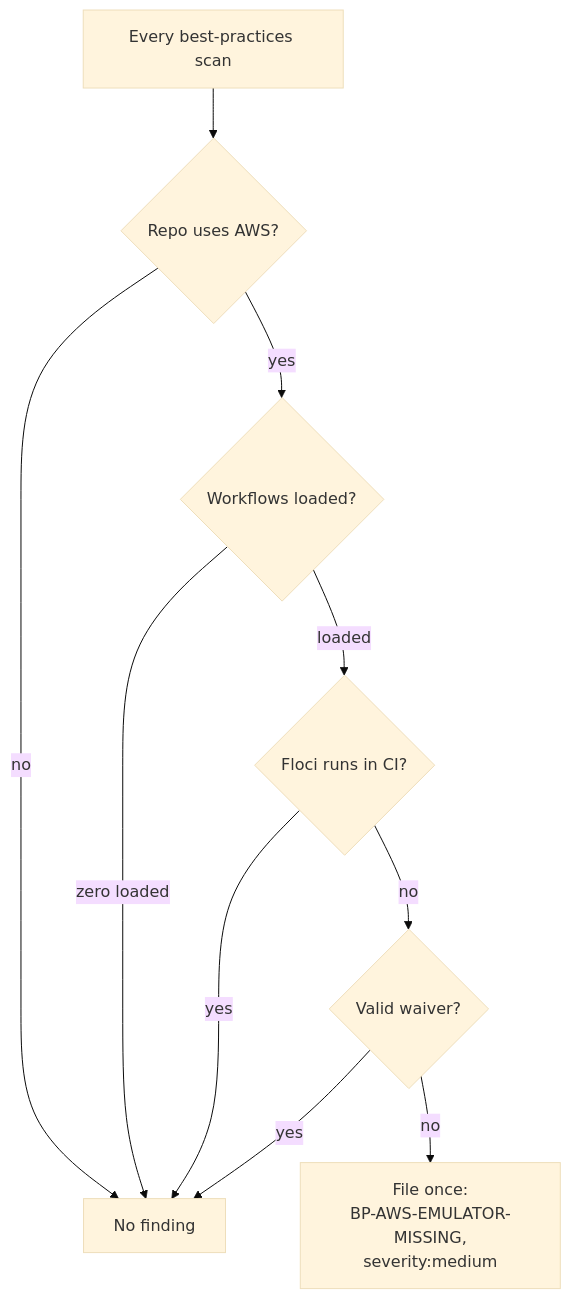
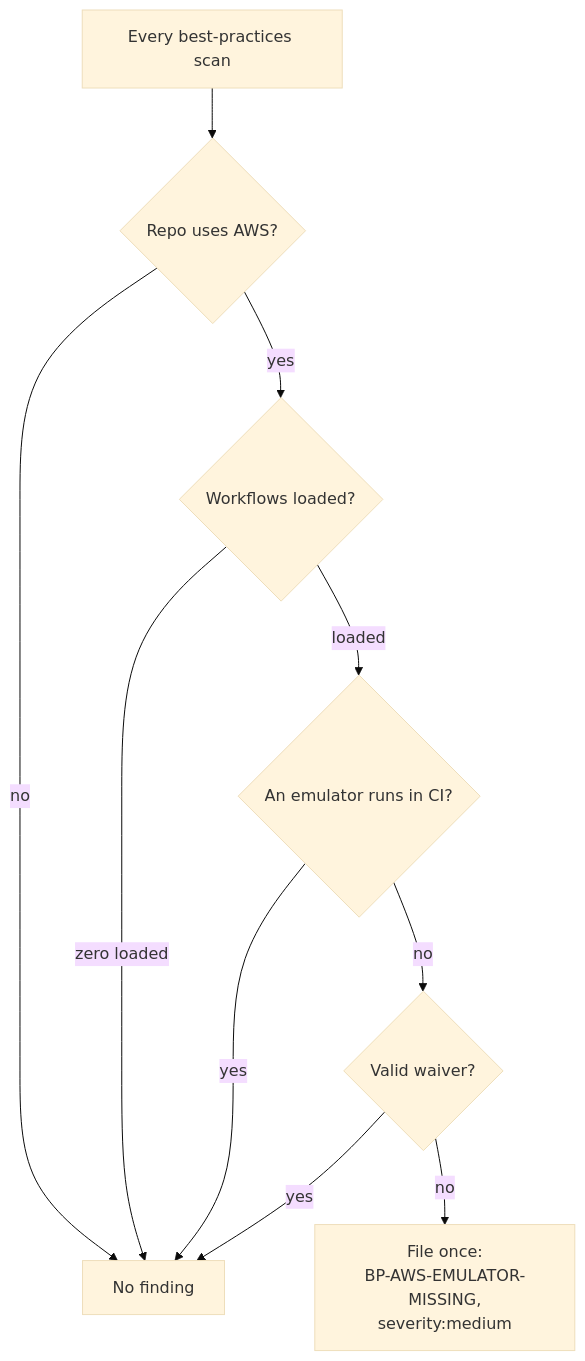
Before and after one commit to stSoftwareAU/VibeCoder: the first of 4 diagrams in docs/BEST-PRACTICES-SCAN.md, drawn with Mermaid (base theme). The commit also changed other lines of this file and 1 other file, not shown here.

````diff
--- a/docs/BEST-PRACTICES-SCAN.md
+++ b/docs/BEST-PRACTICES-SCAN.md
@@ -405,12 +406,12 @@
 ```mermaid
 flowchart TD
     A[Every best-practices scan] --> B{Repo uses AWS?}
     B -- no --> Z[No finding]
     B -- yes --> C{Workflows loaded?}
     C -- zero loaded --> Z
-    C -- loaded --> D{Floci runs in CI?}
+    C -- loaded --> D{An emulator runs in CI?}
     D -- yes --> Z
     D -- no --> E{Valid waiver?}
     E -- yes --> Z
     E -- no --> F[File once:<br/>BP-AWS-EMULATOR-MISSING,<br/>severity:medium]
 ```
````
